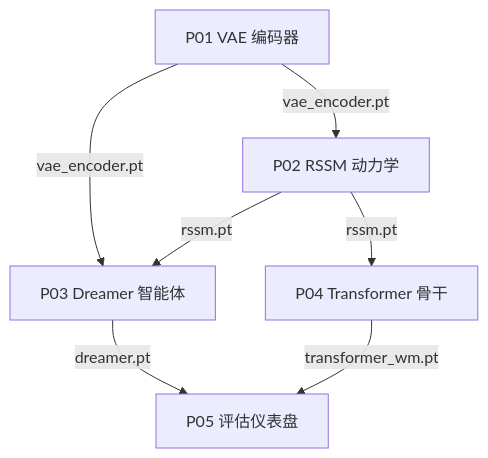
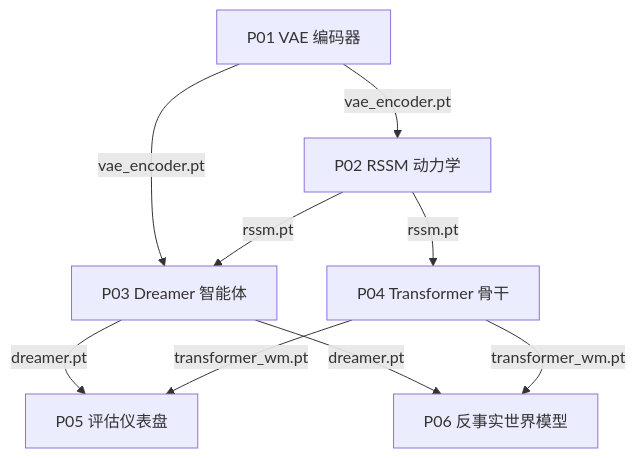
One commit to datawhalechina/learn-world-model changed the diagram in docs/zh/projects/index.md. Above: the diagram before and after it, drawn with Mermaid. The commit also changed other lines of this file and 7 other files, not shown here.

````diff
--- a/docs/zh/projects/index.md
+++ b/docs/zh/projects/index.md
@@ -27,9 +32,11 @@
 ```mermaid
 graph TD
     P01[P01 VAE 编码器] -->|vae_encoder.pt| P02[P02 RSSM 动力学]
     P01 -->|vae_encoder.pt| P03[P03 Dreamer 智能体]
     P02 -->|rssm.pt| P03
     P02 -->|rssm.pt| P04[P04 Transformer 骨干]
     P03 -->|dreamer.pt| P05[P05 评估仪表盘]
     P04 -->|transformer_wm.pt| P05
+    P03 -->|dreamer.pt| P06[P06 反事实世界模型]
+    P04 -->|transformer_wm.pt| P06
 ```
````
